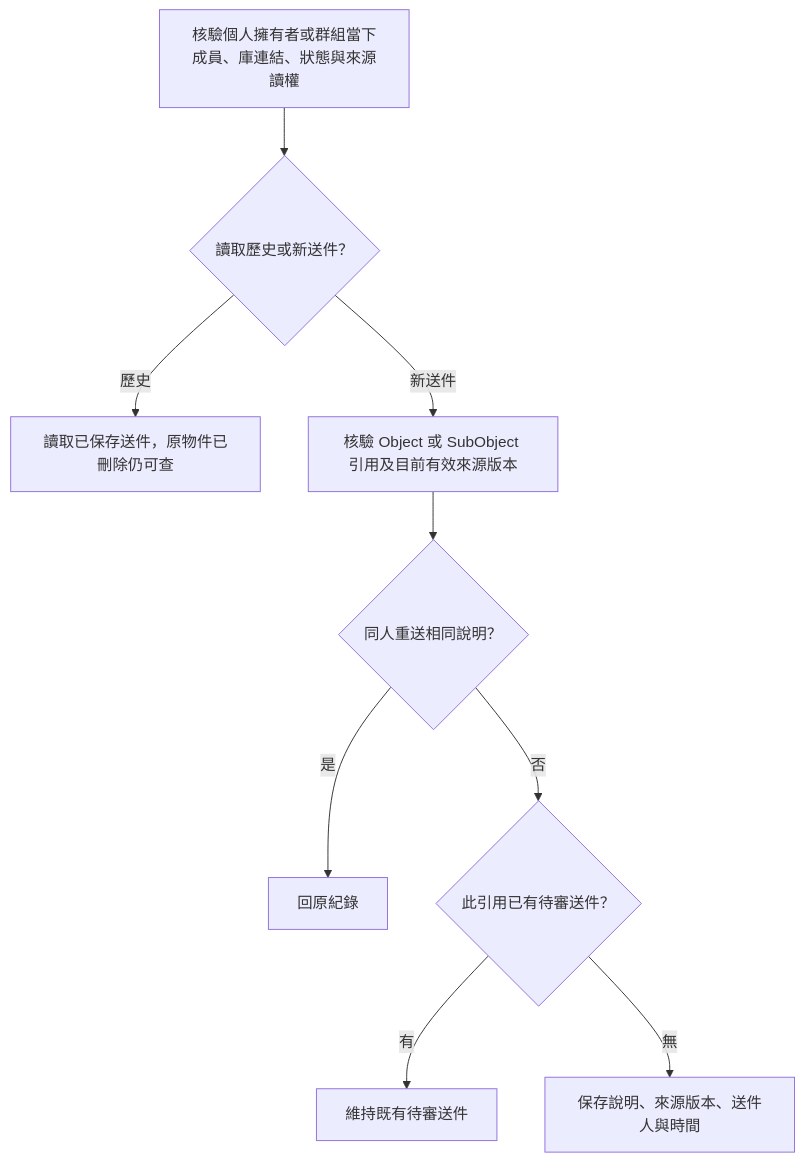
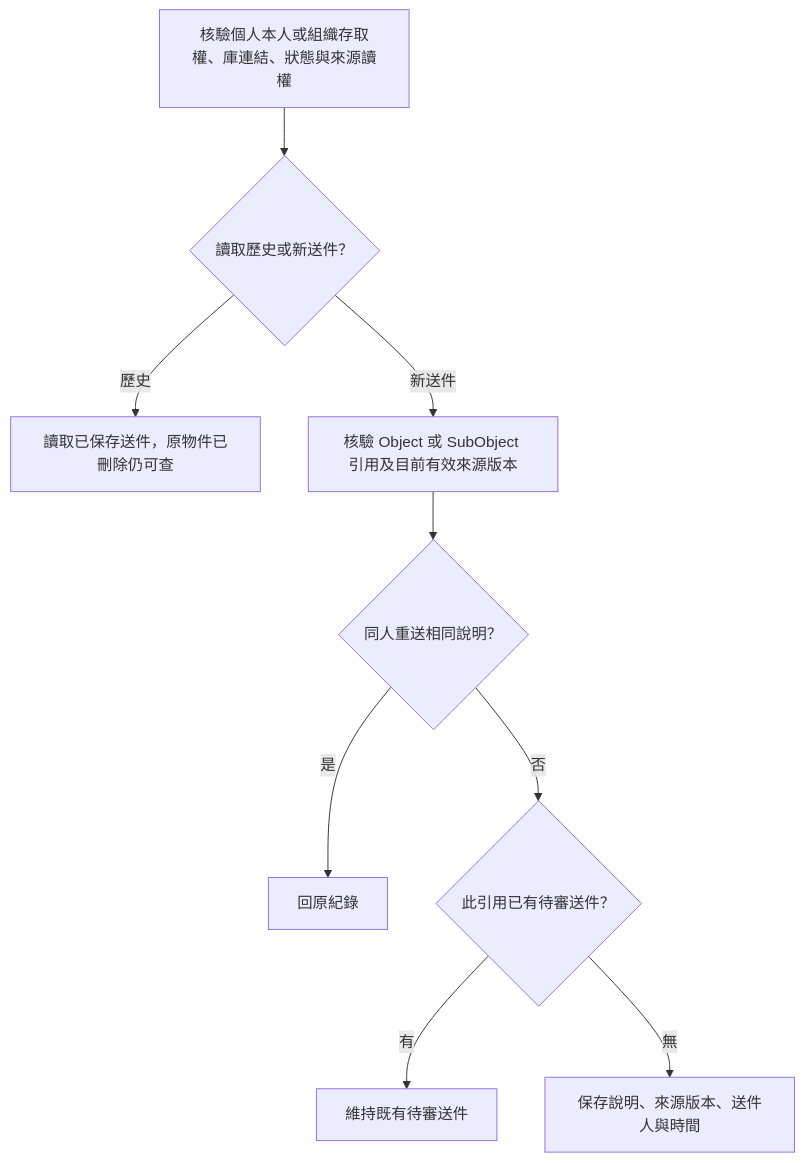
The second of 2 diagrams in docs/domains/project/project.md (963sup/line-mini-app-bot), drawn with Mermaid before and after one commit. The commit also changed other lines of this file and 50 other files, not shown here.

````diff
--- a/docs/domains/project/project.md
+++ b/docs/domains/project/project.md
@@ -136,11 +126,11 @@
 ```mermaid
 flowchart TB
-  A["核驗個人擁有者或群組當下成員、庫連結、狀態與來源讀權"] --> B{"讀取歷史或新送件？"}
+  A["核驗個人本人或組織存取權、庫連結、狀態與來源讀權"] --> B{"讀取歷史或新送件？"}
   B -->|歷史| H["讀取已保存送件，原物件已刪除仍可查"]
   B -->|新送件| O["核驗 Object 或 SubObject 引用及目前有效來源版本"]
   O --> R{"同人重送相同說明？"}
   R -->|是| X["回原紀錄"]
   R -->|否| P{"此引用已有待審送件？"}
   P -->|有| F["維持既有待審送件"]
   P -->|無| S["保存說明、來源版本、送件人與時間"]
 ```
````
